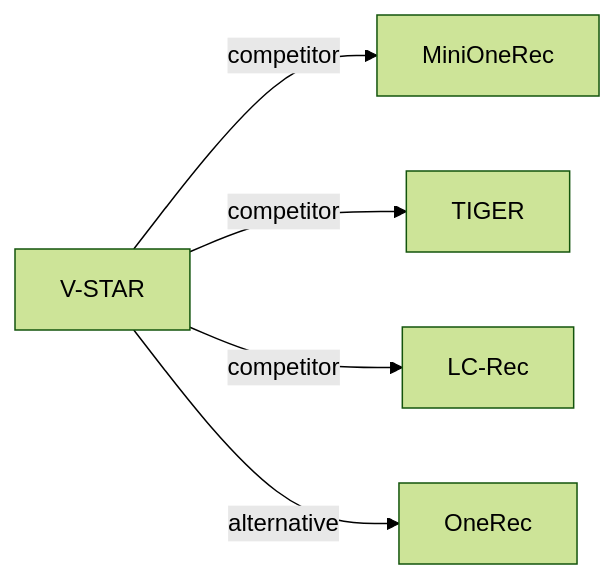
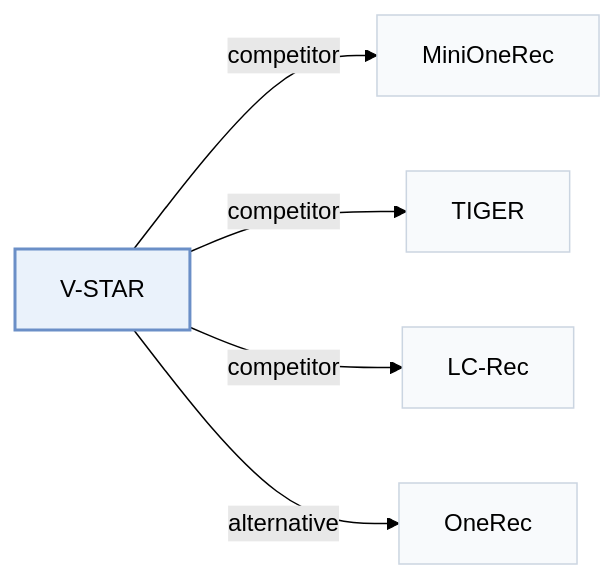
The fourth of 4 diagrams in pages/papers/v-star.md (Galaxy-ghost/Awesome-SID-Generative-Rec), drawn with Mermaid (forest theme) before and after one commit. The commit also changed other lines of this file and 649 other files, not shown here.

Commit message:
writer-05: also tags and modality index (schema, check, build, visuals); summary field removed; calibration data for 12 papers

````diff
--- a/pages/papers/v-star.md
+++ b/pages/papers/v-star.md
@@ -131,8 +144,12 @@
 ```mermaid
 flowchart LR
     P["V-STAR"]
-    P -->|competitor| A["MiniOneRec"]
-    P -->|competitor| B["TIGER"]
-    P -->|competitor| C["LC-Rec"]
-    P -->|alternative| D["OneRec"]
+    P -->|"competitor"| A["MiniOneRec"]
+    P -->|"competitor"| B["TIGER"]
+    P -->|"competitor"| C["LC-Rec"]
+    P -->|"alternative"| D["OneRec"]
+    classDef main fill:#eaf2fb,stroke:#6b8fc7,stroke-width:2px
+    classDef peer fill:#f8fafc,stroke:#cbd5e1
+    class P main
+    class A,B,C,D peer
 ```
````
